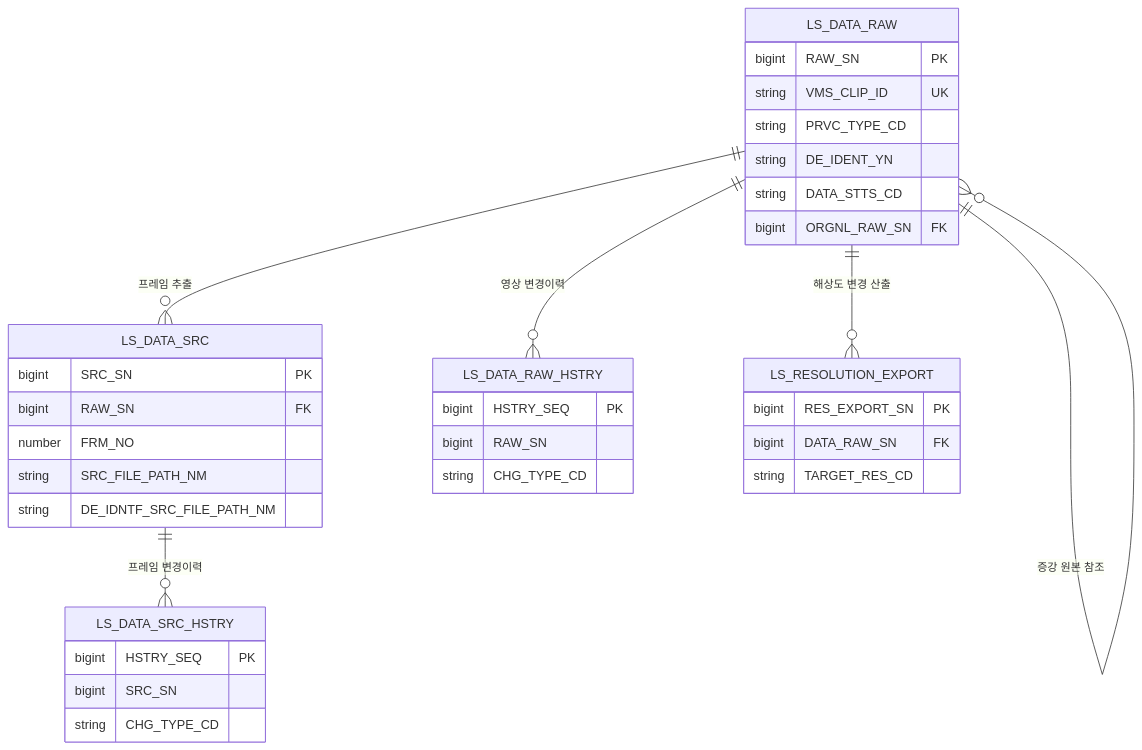
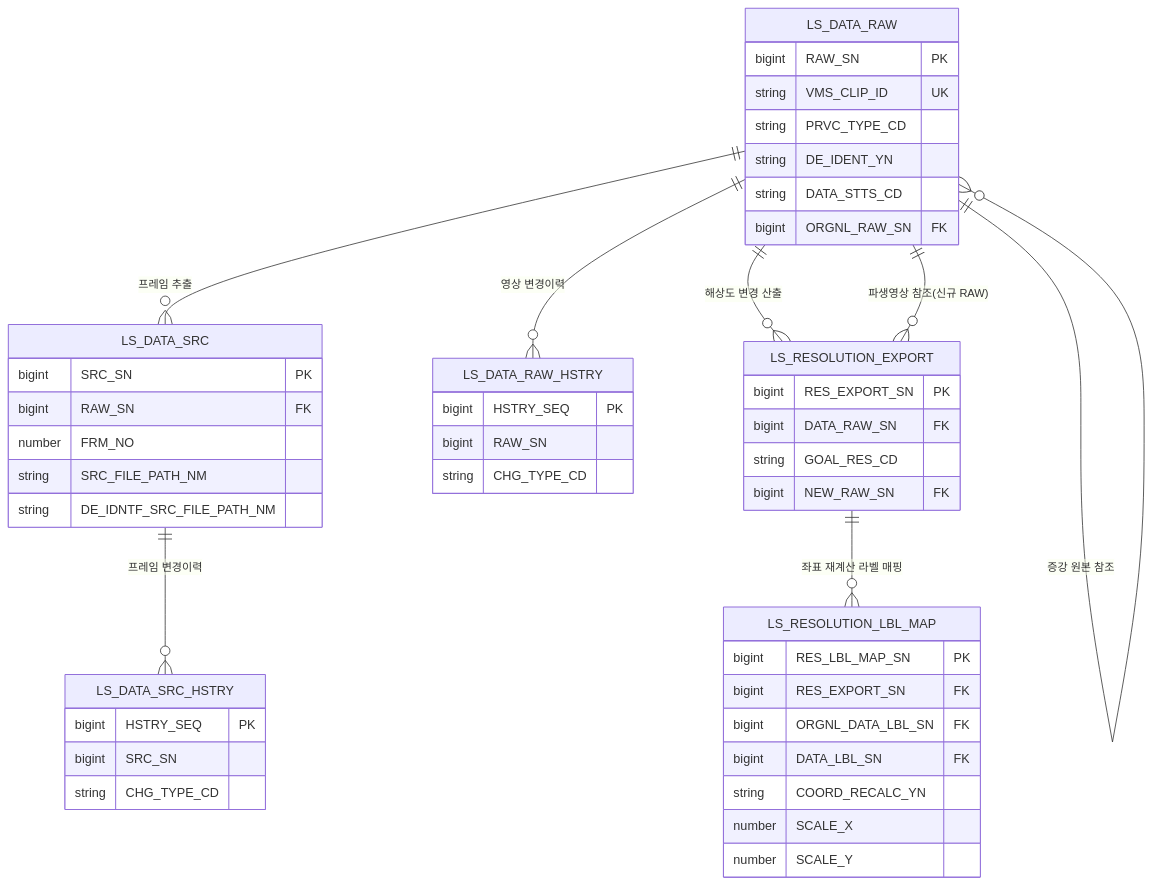
Before and after one commit to New-stella/klid-label: the first of 16 diagrams in docs/design-full/D8-엔티티관계모형설계서.md, drawn with Mermaid. The commit also changed other lines of this file and 33 other files, not shown here.

````diff
--- a/docs/design-full/D8-엔티티관계모형설계서.md
+++ b/docs/design-full/D8-엔티티관계모형설계서.md
@@ -57,38 +57,50 @@
 ```mermaid
 erDiagram
     LS_DATA_RAW ||--o{ LS_DATA_SRC : "프레임 추출"
     LS_DATA_RAW ||--o{ LS_DATA_RAW_HSTRY : "영상 변경이력"
     LS_DATA_SRC ||--o{ LS_DATA_SRC_HSTRY : "프레임 변경이력"
     LS_DATA_RAW ||--o{ LS_RESOLUTION_EXPORT : "해상도 변경 산출"
+    LS_RESOLUTION_EXPORT }o--|| LS_DATA_RAW : "파생영상 참조(신규 RAW)"
+    LS_RESOLUTION_EXPORT ||--o{ LS_RESOLUTION_LBL_MAP : "좌표 재계산 라벨 매핑"
     LS_DATA_RAW ||--o{ LS_DATA_RAW : "증강 원본 참조"
     LS_DATA_RAW {
         bigint RAW_SN PK
         string VMS_CLIP_ID UK
         string PRVC_TYPE_CD
         string DE_IDENT_YN
         string DATA_STTS_CD
         bigint ORGNL_RAW_SN FK
     }
     LS_DATA_SRC {
         bigint SRC_SN PK
         bigint RAW_SN FK
         number FRM_NO
         string SRC_FILE_PATH_NM
         string DE_IDNTF_SRC_FILE_PATH_NM
     }
     LS_DATA_RAW_HSTRY {
         bigint HSTRY_SEQ PK
         bigint RAW_SN
         string CHG_TYPE_CD
     }
     LS_DATA_SRC_HSTRY {
         bigint HSTRY_SEQ PK
         bigint SRC_SN
         string CHG_TYPE_CD
     }
     LS_RESOLUTION_EXPORT {
         bigint RES_EXPORT_SN PK
         bigint DATA_RAW_SN FK
-        string TARGET_RES_CD
+        string GOAL_RES_CD
+        bigint NEW_RAW_SN FK
+    }
+    LS_RESOLUTION_LBL_MAP {
+        bigint RES_LBL_MAP_SN PK
+        bigint RES_EXPORT_SN FK
+        bigint ORGNL_DATA_LBL_SN FK
+        bigint DATA_LBL_SN FK
+        string COORD_RECALC_YN
+        number SCALE_X
+        number SCALE_Y
     }
 ```
````
